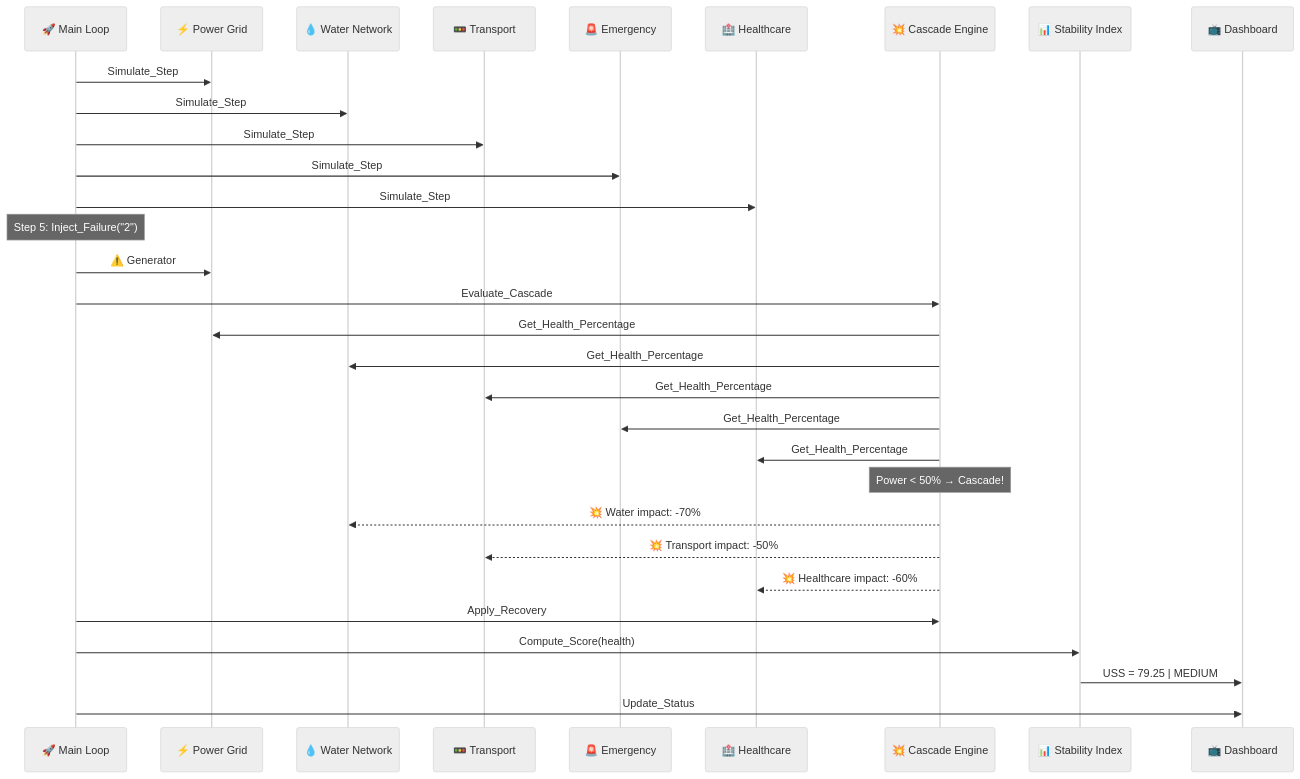
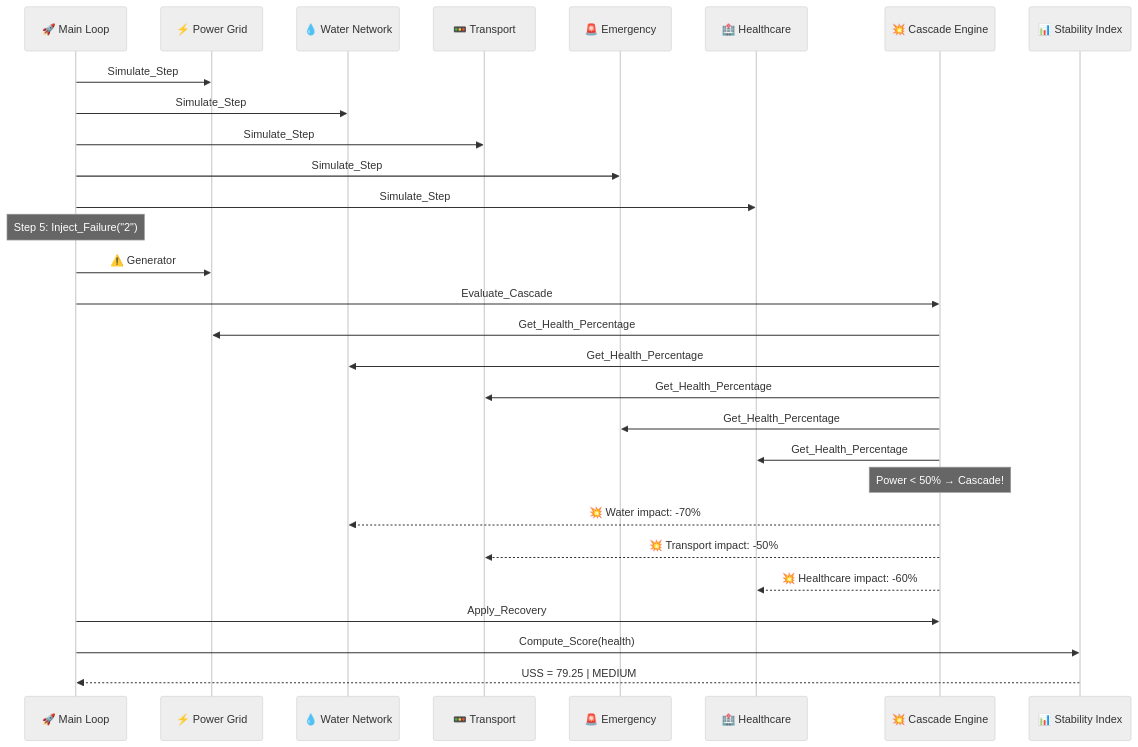
One commit to ABDESSAMAD-BOURKIBATE/CivicShield changed the second of 6 diagrams in README.md. Above: the diagram before and after it, drawn with Mermaid (neutral theme). The commit also changed other lines of this file and 3 other files, not shown here.

````diff
--- a/README.md
+++ b/README.md
@@ -167,38 +162,36 @@
 ```mermaid
 sequenceDiagram
     participant M as 🚀 Main Loop
     participant P as ⚡ Power Grid
     participant W as 💧 Water Network
     participant T as 🚥 Transport
     participant E as 🚨 Emergency
     participant H as 🏥 Healthcare
     participant C as 💥 Cascade Engine
     participant S as 📊 Stability Index
-    participant G as 📺 Dashboard
 
     M->>P: Simulate_Step
     M->>W: Simulate_Step
     M->>T: Simulate_Step
     M->>E: Simulate_Step
     M->>H: Simulate_Step
 
     Note over M: Step 5: Inject_Failure("2")
     M->>P: ⚠️ Generator #2 OFFLINE
 
     M->>C: Evaluate_Cascade
     C->>P: Get_Health_Percentage
     C->>W: Get_Health_Percentage
     C->>T: Get_Health_Percentage
     C->>E: Get_Health_Percentage
     C->>H: Get_Health_Percentage
 
     Note over C: Power < 50% → Cascade!
     C-->>W: 💥 Water impact: -70%
     C-->>T: 💥 Transport impact: -50%
     C-->>H: 💥 Healthcare impact: -60%
 
     M->>C: Apply_Recovery
     M->>S: Compute_Score(health)
-    S->>G: USS = 79.25 | MEDIUM
-    M->>G: Update_Status
+    S-->>M: USS = 79.25 | MEDIUM
 ```
````
